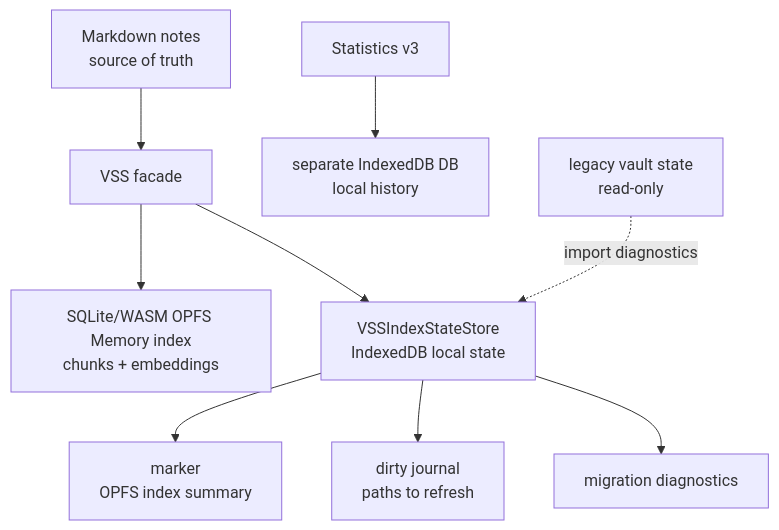
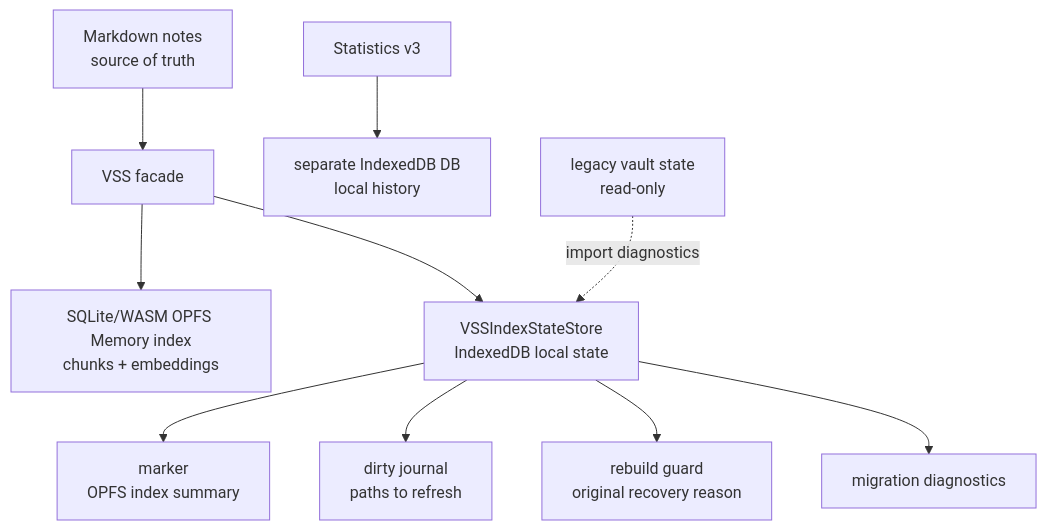
Before and after one commit to edonyzpc/personal-assistant: the diagram in docs/architecture/vss-local-state-plan.md, drawn with Mermaid. The commit also changed other lines of this file and 16 other files, not shown here.

````diff
--- a/docs/architecture/vss-local-state-plan.md
+++ b/docs/architecture/vss-local-state-plan.md
@@ -38,11 +48,12 @@
 ```mermaid
 flowchart TD
   Notes["Markdown notes\nsource of truth"] --> VSS["VSS facade"]
   VSS --> Index["SQLite/WASM OPFS Memory index\nchunks + embeddings"]
   VSS --> State["VSSIndexStateStore\nIndexedDB local state"]
   State --> Marker["marker\nOPFS index summary"]
   State --> Dirty["dirty journal\npaths to refresh"]
+  State --> Guard["rebuild guard\noriginal recovery reason"]
   State --> Migration["migration diagnostics"]
   Stats["Statistics v3"] --> StatsDB["separate IndexedDB DB\nlocal history"]
   Legacy["legacy vault state\nread-only"] -. import diagnostics .-> State
 ```
````
